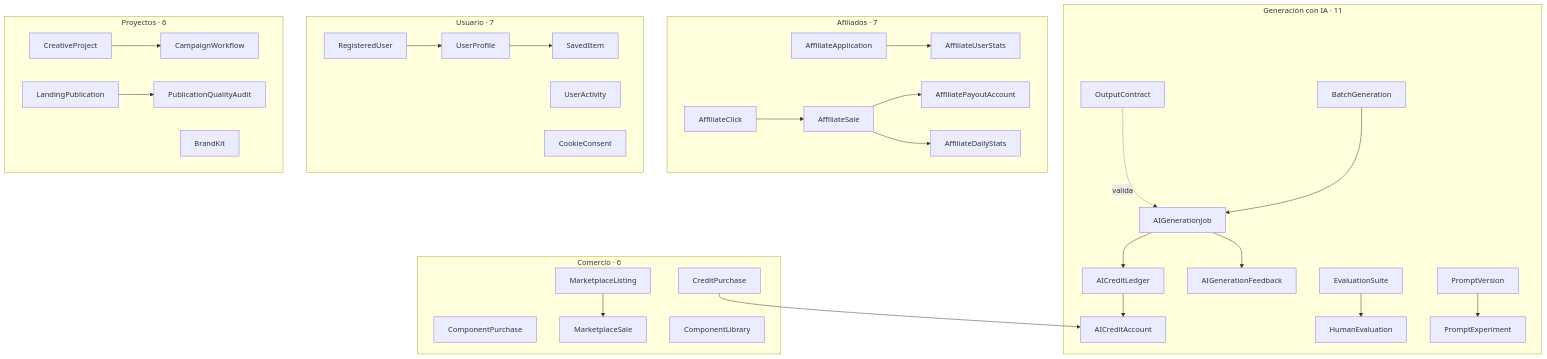
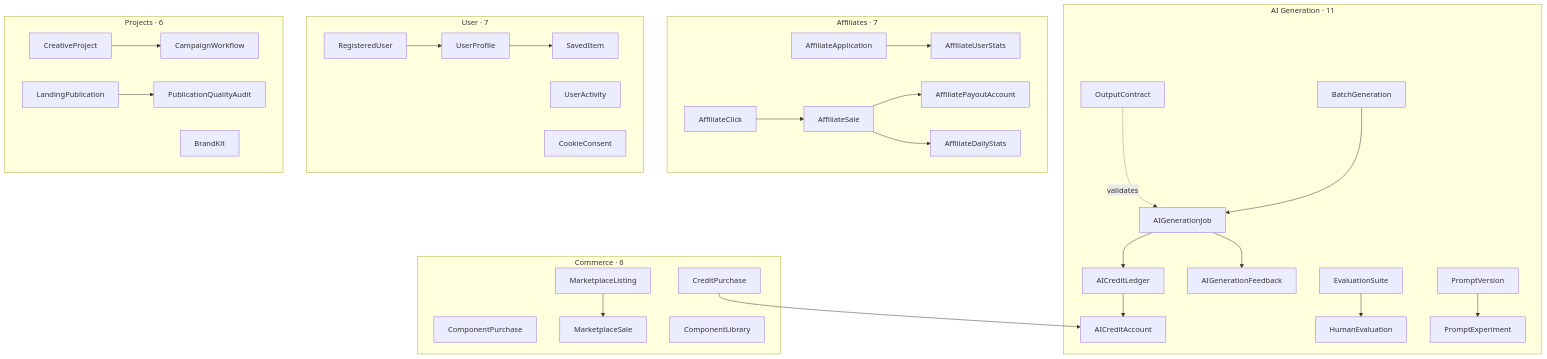
The fourth of 6 diagrams in docs/ARCHITECTURE.md (jggjosue/prompt-studio), drawn with Mermaid before and after one commit. The commit also changed other lines of this file and 8 other files, not shown here.

````diff
--- a/docs/ARCHITECTURE.md
+++ b/docs/ARCHITECTURE.md
@@ -145,39 +128,39 @@
 ```mermaid
 flowchart TB
-    subgraph IA[Generación con IA · 11]
+    subgraph IA[AI Generation · 11]
         AIGenerationJob --> AICreditLedger
         AICreditLedger --> AICreditAccount
         AIGenerationJob --> AIGenerationFeedback
         BatchGeneration --> AIGenerationJob
-        OutputContract -.valida.-> AIGenerationJob
+        OutputContract -.validates.-> AIGenerationJob
         EvaluationSuite --> HumanEvaluation
         PromptVersion --> PromptExperiment
     end
 
-    subgraph COM[Comercio · 6]
+    subgraph COM[Commerce · 6]
         CreditPurchase --> AICreditAccount
         ComponentPurchase
         MarketplaceListing --> MarketplaceSale
         ComponentLibrary
     end
 
-    subgraph AF[Afiliados · 7]
+    subgraph AF[Affiliates · 7]
         AffiliateApplication --> AffiliateUserStats
         AffiliateClick --> AffiliateSale
         AffiliateSale --> AffiliatePayoutAccount
         AffiliateSale --> AffiliateDailyStats
     end
 
-    subgraph US[Usuario · 7]
+    subgraph US[User · 7]
         RegisteredUser --> UserProfile
         UserProfile --> SavedItem
         UserActivity
         CookieConsent
     end
 
-    subgraph PR[Proyectos · 6]
+    subgraph PR[Projects · 6]
         CreativeProject --> CampaignWorkflow
         BrandKit
         LandingPublication --> PublicationQualityAudit
     end
 ```
````
